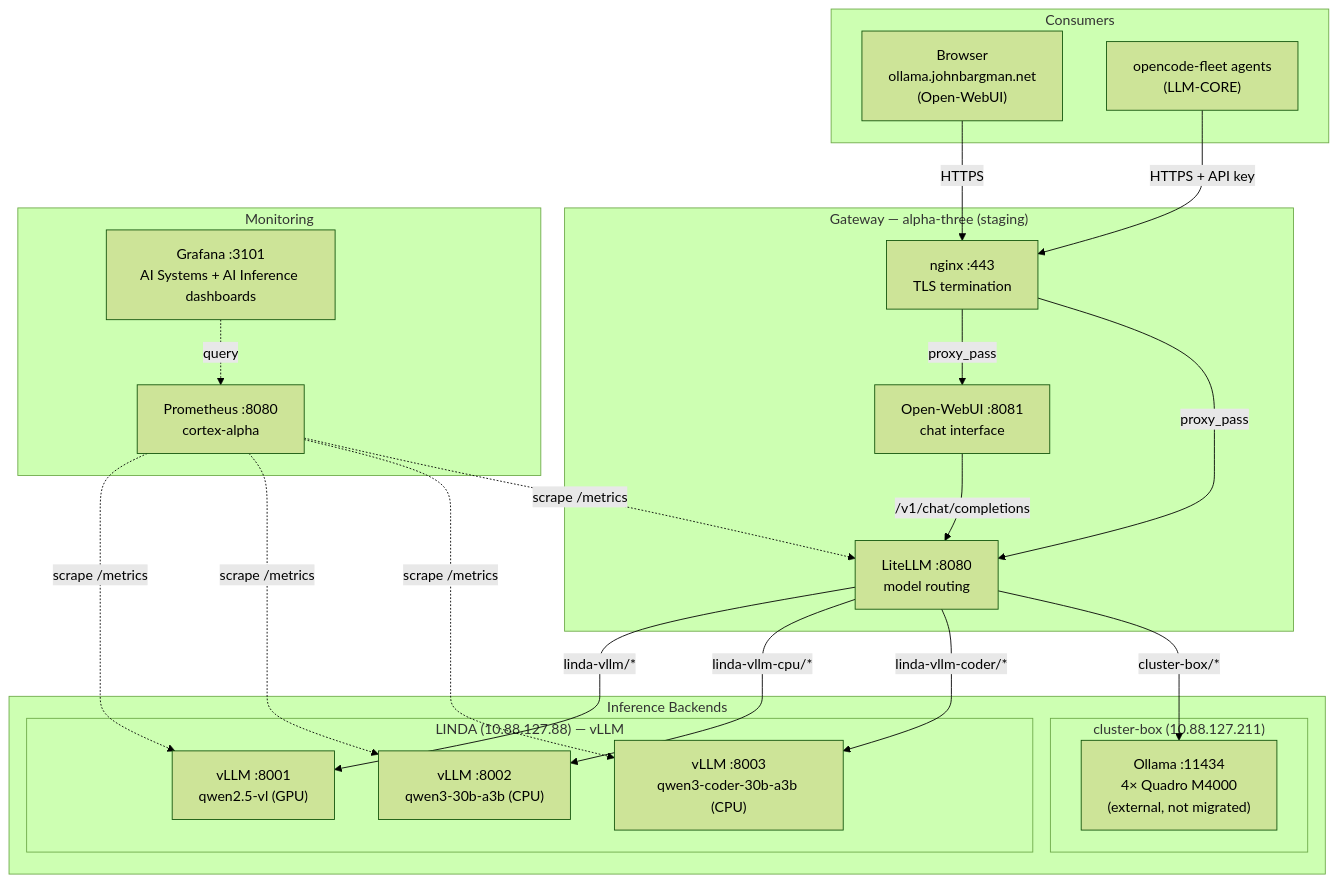
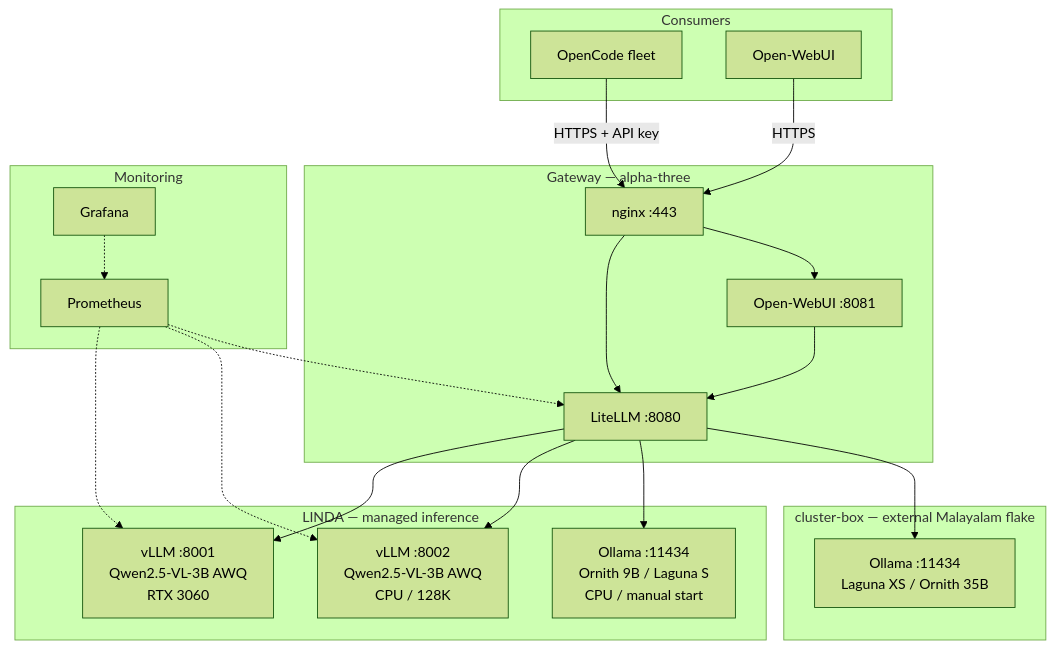
Before and after one commit to DarthPJB/NixOS-Configuration: the diagram in documentation/ai-stack.md, drawn with Mermaid (forest theme). The commit also changed other lines of this file and 8 other files, not shown here.

Commit message:
feat(ai): unite vLLM discipline with Ollama agility

````diff
--- a/documentation/ai-stack.md
+++ b/documentation/ai-stack.md
@@ -22,45 +17,42 @@
 ```mermaid
 graph TB
-    subgraph "Consumers"
-        BROWSER["Browser<br/>ollama.johnbargman.net<br/>(Open-WebUI)"]
-        FLEET["opencode-fleet agents<br/>(LLM-CORE)"]
+    subgraph Consumers
+        FLEET["OpenCode fleet"]
+        BROWSER["Open-WebUI"]
     end
 
-    subgraph "Gateway — alpha-three (staging)"
-        NGINX["nginx :443<br/>TLS termination"]
-        OWUI["Open-WebUI :8081<br/>chat interface"]
-        LITELLM["LiteLLM :8080<br/>model routing"]
+    subgraph "Gateway — alpha-three"
+        NGINX["nginx :443"]
+        LITELLM["LiteLLM :8080"]
+        WEBUI["Open-WebUI :8081"]
     end
 
-    subgraph "Inference Backends"
-        subgraph "LINDA (10.88.127.88) — vLLM"
-            VLLM_GPU["vLLM :8001<br/>qwen2.5-vl (GPU)"]
-            VLLM_CPU["vLLM :8002<br/>qwen3-30b-a3b (CPU)"]
-            VLLM_CODER["vLLM :8003<br/>qwen3-coder-30b-a3b (CPU)"]
-        end
-        subgraph "cluster-box (10.88.127.211)"
-            CB_OLLAMA["Ollama :11434<br/>4× Quadro M4000<br/>(external, not migrated)"]
-        end
+    subgraph "LINDA — managed inference"
+        GPU["vLLM :8001<br/>Qwen2.5-VL-3B AWQ<br/>RTX 3060"]
+        CPU["vLLM :8002<br/>Qwen2.5-VL-3B AWQ<br/>CPU / 128K"]
+        OLLAMA["Ollama :11434<br/>Ornith 9B / Laguna S<br/>CPU / manual start"]
     end
 
-    subgraph "Monitoring"
-        PROM["Prometheus :8080<br/>cortex-alpha"]
-        GRAFANA["Grafana :3101<br/>AI Systems + AI Inference dashboards"]
+    subgraph "cluster-box — external Malayalam flake"
+        CLUSTER["Ollama :11434<br/>Laguna XS / Ornith 35B"]
     end
 
-    BROWSER -->|"HTTPS"| NGINX
-    FLEET -->|"HTTPS + API key"| NGINX
-    NGINX -->|"proxy_pass"| OWUI
-    NGINX -->|"proxy_pass"| LITELLM
-    OWUI -->|"/v1/chat/completions"| LITELLM
-    LITELLM -->|"linda-vllm/*"| VLLM_GPU
-    LITELLM -->|"linda-vllm-cpu/*"| VLLM_CPU
-    LITELLM -->|"linda-vllm-coder/*"| VLLM_CODER
-    LITELLM -->|"cluster-box/*"| CB_OLLAMA
+    subgraph Monitoring
+        PROM["Prometheus"]
+        GRAFANA["Grafana"]
+    end
 
-    PROM -.->|"scrape /metrics"| VLLM_GPU
-    PROM -.->|"scrape /metrics"| VLLM_CPU
-    PROM -.->|"scrape /metrics"| VLLM_CODER
-    PROM -.->|"scrape /metrics"| LITELLM
-    GRAFANA -.->|"query"| PROM
+    FLEET -->|HTTPS + API key| NGINX
+    BROWSER -->|HTTPS| NGINX
+    NGINX --> LITELLM
+    NGINX --> WEBUI
+    WEBUI --> LITELLM
+    LITELLM --> GPU
+    LITELLM --> CPU
+    LITELLM --> OLLAMA
+    LITELLM --> CLUSTER
+    PROM -.-> GPU
+    PROM -.-> CPU
+    PROM -.-> LITELLM
+    GRAFANA -.-> PROM
 ```
````
